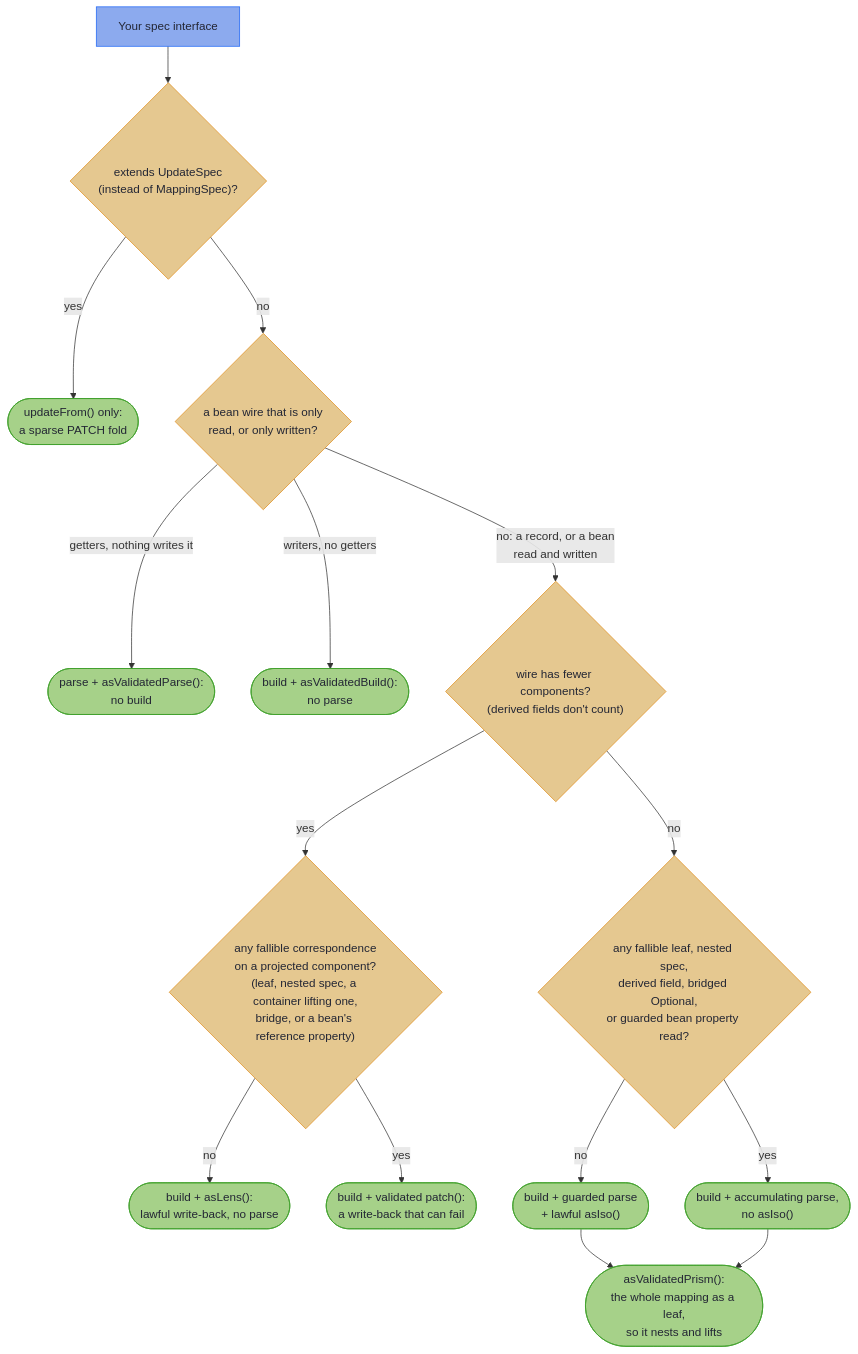
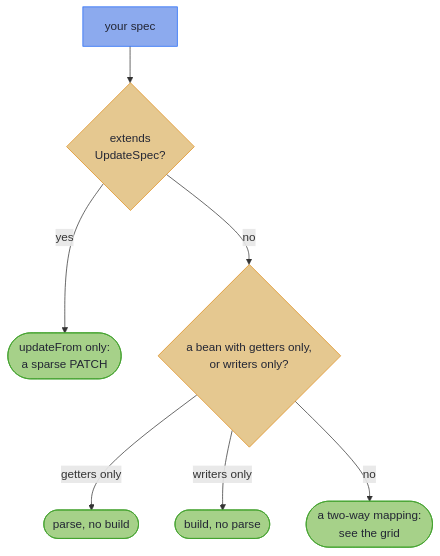
Before and after one commit to higher-kinded-j/higher-kinded-j: the diagram in hkj-book/src/mapping/tiers.md, drawn with Mermaid. The commit also changed other lines of this file and 11 other files, not shown here.

First line of the commit message:
What Your Spec Generates, rewritten to the lane shape (#938)

````diff
--- a/hkj-book/src/mapping/tiers.md
+++ b/hkj-book/src/mapping/tiers.md
@@ -20,24 +44,18 @@
 ```mermaid
 flowchart TD
-    S["Your spec interface"] --> U{"extends UpdateSpec<br/>(instead of MappingSpec)?"}
-    U -->|yes| UT(["updateFrom() only:<br/>a sparse PATCH fold"])
-    U -->|no| B{"a bean wire that is only<br/>read, or only written?"}
-    B -->|"getters, nothing writes it"| PO(["parse + asValidatedParse():<br/>no build"])
-    B -->|"writers, no getters"| BO(["build + asValidatedBuild():<br/>no parse"])
-    B -->|"no: a record, or a bean<br/>read and written"| W{"wire has fewer components?<br/>(derived fields don't count)"}
-    W -->|yes| F{"any fallible correspondence<br/>on a projected component?<br/>(leaf, nested spec, a container lifting one,<br/>bridge, or a bean's reference property)"}
-    F -->|no| LT(["build + asLens():<br/>lawful write-back, no parse"])
-    F -->|yes| PT(["build + validated patch():<br/>a write-back that can fail"])
-    W -->|no| D{"any fallible leaf, nested spec,<br/>derived field, bridged Optional,<br/>or guarded bean property read?"}
-    D -->|no| IT(["build + guarded parse<br/>+ lawful asIso()"])
-    D -->|yes| VT(["build + accumulating parse,<br/>no asIso()"])
-    IT --> VP(["asValidatedPrism():<br/>the whole mapping as a leaf,<br/>so it nests and lifts"])
-    VT --> VP
+    accTitle: Which kind of spec
+    accDescr: A spec extending UpdateSpec gets updateFrom only. Otherwise, a bean wire with getters only gets parse only, and one with writers only gets build only. Every other spec maps both ways, and the grid decides its methods.
+    S["your spec"] --> U{"extends<br/>UpdateSpec?"}
+    U -->|yes| UT(["updateFrom only:<br/>a sparse PATCH"])
+    U -->|no| B{"a bean with getters only,<br/>or writers only?"}
+    B -->|"getters only"| PO(["parse, no build"])
+    B -->|"writers only"| BO(["build, no parse"])
+    B -->|no| G(["a two-way mapping:<br/>see the grid"])
 
     classDef wire fill:#8caaee,stroke:#1e66f5,color:#232634
     classDef tier fill:#a6d189,stroke:#40a02b,color:#232634
     classDef decision fill:#e5c890,stroke:#df8e1d,color:#232634
     class S wire
-    class UT,PO,BO,LT,PT,IT,VT,VP tier
-    class U,B,W,F,D decision
+    class U,B decision
+    class UT,PO,BO,G tier
 ```
````
